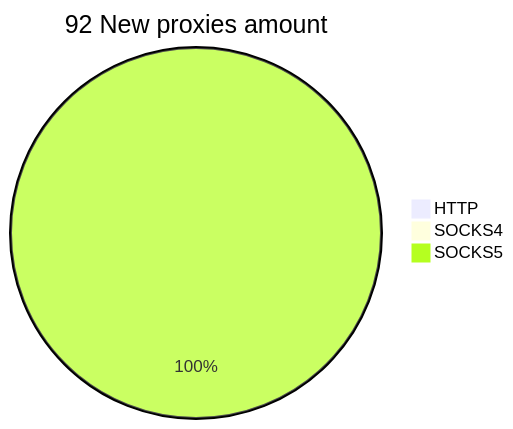
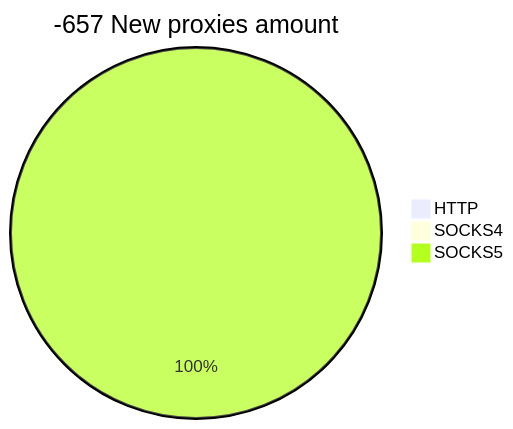
Before and after one commit to cutipu/proxylist: the second of 2 diagrams in README.md, drawn with Mermaid. The commit also changed other lines of this file, not shown here.

````diff
--- a/README.md
+++ b/README.md
@@ -10,6 +10,6 @@
 ```mermaid
-pie title 92 New proxies amount
+pie title -657 New proxies amount
     "HTTP" : 0
     "SOCKS4" : 0
-    "SOCKS5" : 92
+    "SOCKS5" : 4
 ```
````
